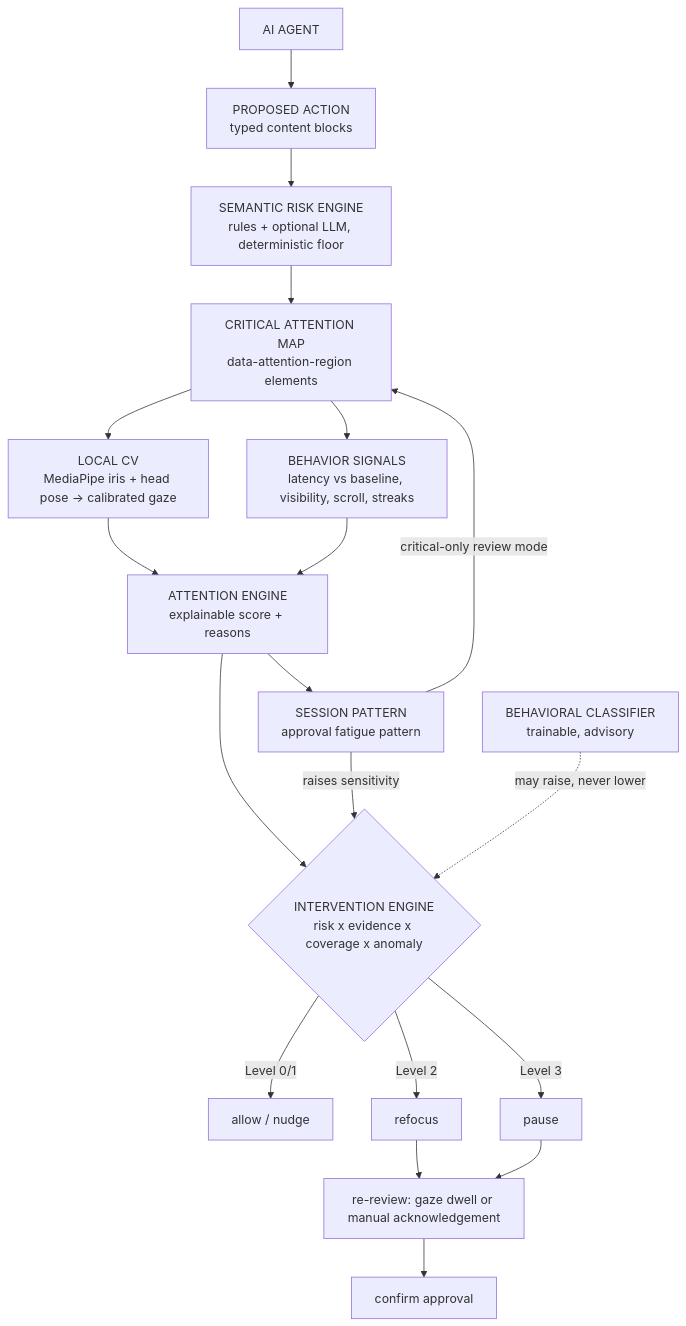
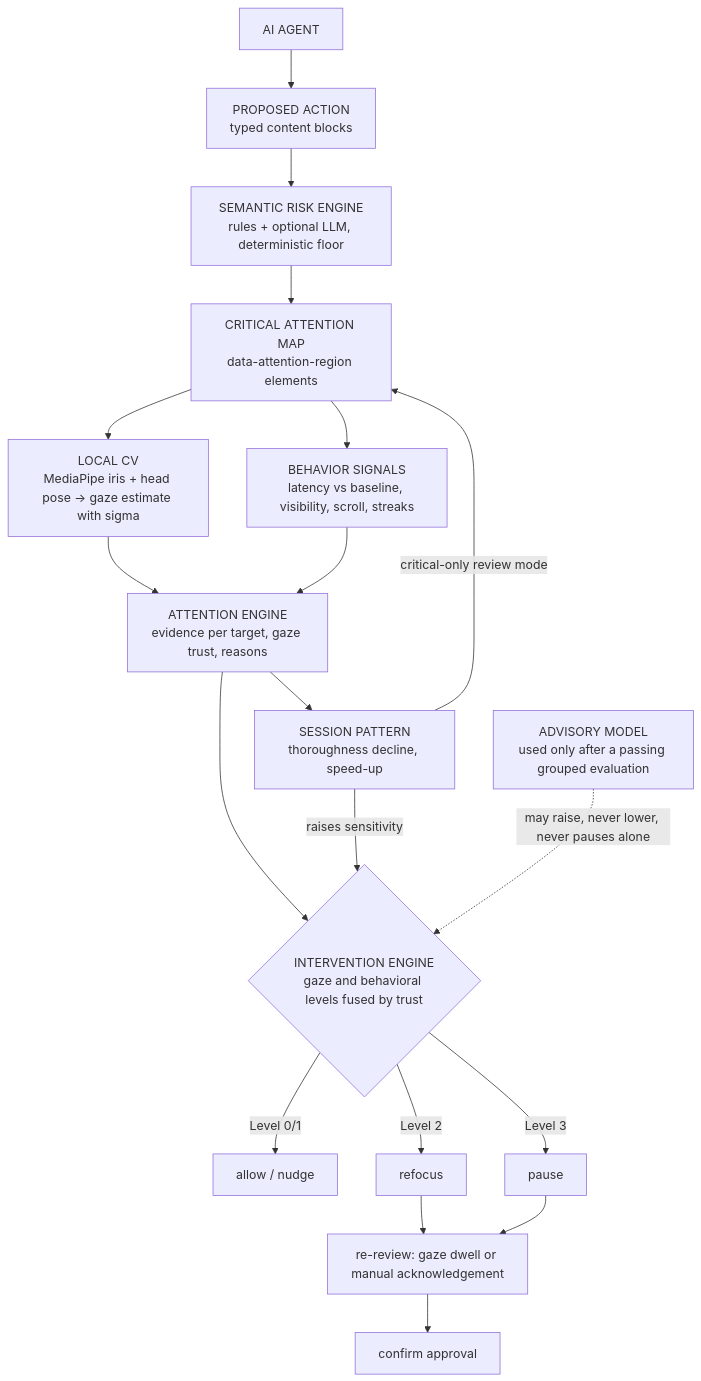
Before and after one commit to bilal-feroz/OverSight: the first of 4 diagrams in docs/ARCHITECTURE.md, drawn with Mermaid. The commit also changed other lines of this file and 12 other files, not shown here.

````diff
--- a/docs/ARCHITECTURE.md
+++ b/docs/ARCHITECTURE.md
@@ -7,21 +7,21 @@
 ```mermaid
 flowchart TD
   AG[AI AGENT] --> PA[PROPOSED ACTION<br/>typed content blocks]
   PA --> SR[SEMANTIC RISK ENGINE<br/>rules + optional LLM, deterministic floor]
   SR --> CM[CRITICAL ATTENTION MAP<br/>data-attention-region elements]
-  CM --> CV[LOCAL CV<br/>MediaPipe iris + head pose -> calibrated gaze]
+  CM --> CV[LOCAL CV<br/>MediaPipe iris + head pose -> gaze estimate with sigma]
   CM --> BS[BEHAVIOR SIGNALS<br/>latency vs baseline, visibility, scroll, streaks]
-  CV --> AE[ATTENTION ENGINE<br/>explainable score + reasons]
+  CV --> AE[ATTENTION ENGINE<br/>evidence per target, gaze trust, reasons]
   BS --> AE
-  AE --> IE{INTERVENTION ENGINE<br/>risk x evidence x coverage x anomaly}
+  AE --> IE{INTERVENTION ENGINE<br/>gaze and behavioral levels fused by trust}
   IE -->|Level 0/1| AL[allow / nudge]
   IE -->|Level 2| RF[refocus]
   IE -->|Level 3| PS[pause]
   RF --> RR[re-review: gaze dwell or manual acknowledgement]
   PS --> RR
   RR --> CF[confirm approval]
-  AE --> SP[SESSION PATTERN<br/>approval fatigue pattern]
+  AE --> SP[SESSION PATTERN<br/>thoroughness decline, speed-up]
   SP -->|raises sensitivity| IE
   SP -->|critical-only review mode| CM
-  ML[BEHAVIORAL CLASSIFIER<br/>trainable, advisory] -.->|may raise, never lower| IE
+  ML[ADVISORY MODEL<br/>used only after a passing grouped evaluation] -.->|may raise, never lower, never pauses alone| IE
 ```
````
